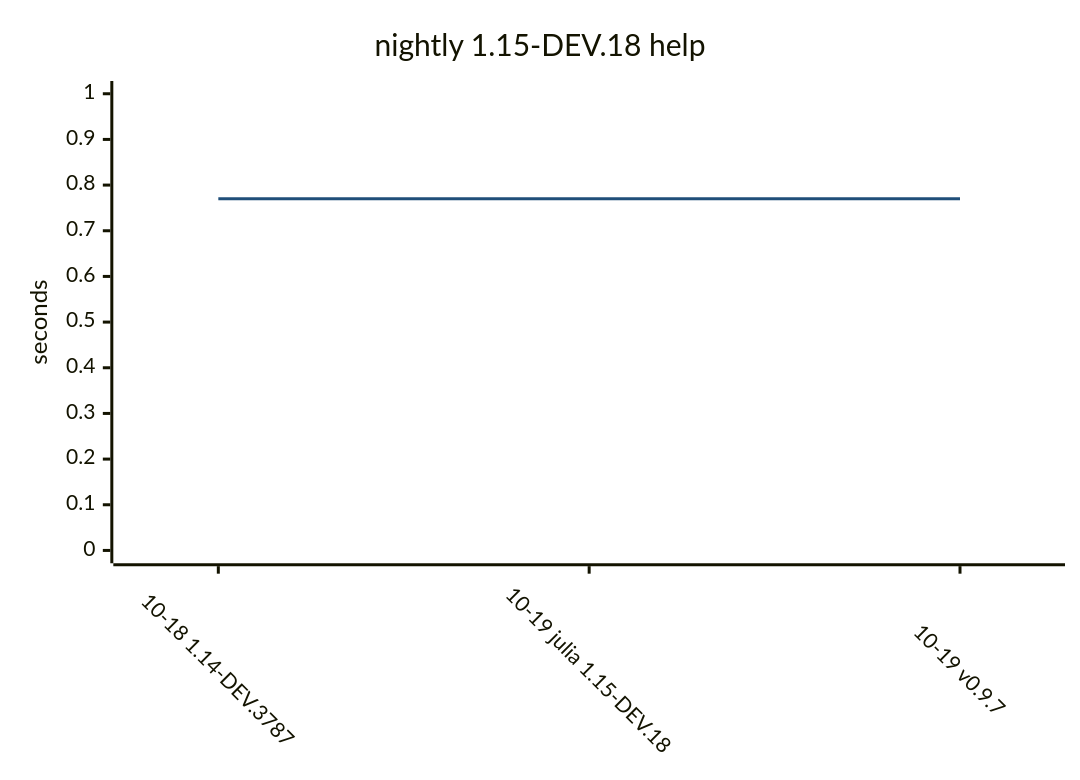
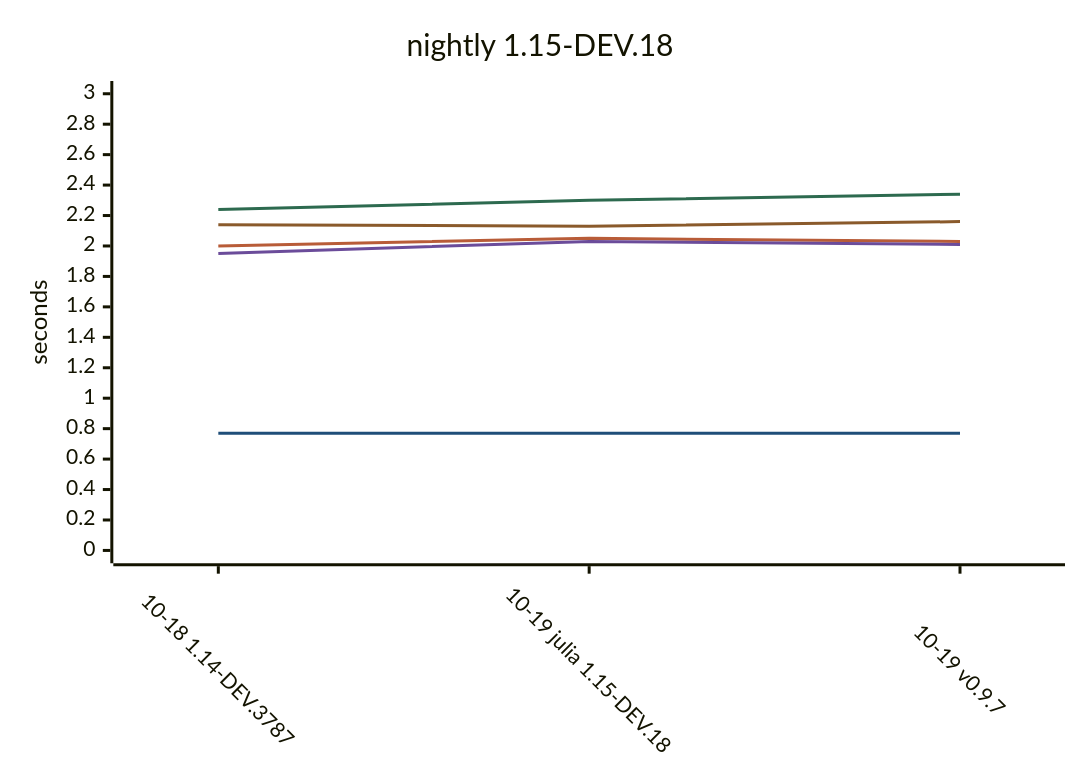
Before and after one commit to yamanori99/DistSSHQueue.jl: the fourth of 4 diagrams in README.md, drawn with Mermaid. The commit also changed other lines of this file, not shown here.

````diff
--- a/README.md
+++ b/README.md
@@ -379,17 +253,21 @@
 ```mermaid
 ---
 config:
   theme: base
   themeVariables:
     xyChart:
-      plotColorPalette: "#1f4e79"
+      plotColorPalette: "#1f4e79, #b85c38, #2d6a4f, #6b4c9a, #8a5a2b"
   xyChart:
     xAxis:
       labelRotation: 45
 ---
 xychart-beta
-    title "nightly 1.15-DEV.18 help"
+    title "nightly 1.15-DEV.18"
     x-axis ["10-18 1.14-DEV.3787", "10-19 julia 1.15-DEV.18", "10-19 v0.9.7"]
-    y-axis "seconds" 0 --> 1
-    line [0.77, 0.77, 0.77]
+    y-axis "seconds" 0 --> 3
+        line "help" [0.77, 0.77, 0.77]
+        line "status" [2.0, 2.05, 2.03]
+        line "submit" [2.24, 2.3, 2.34]
+        line "watch" [1.95, 2.03, 2.01]
+        line "cancel" [2.14, 2.13, 2.16]
 ```
````
